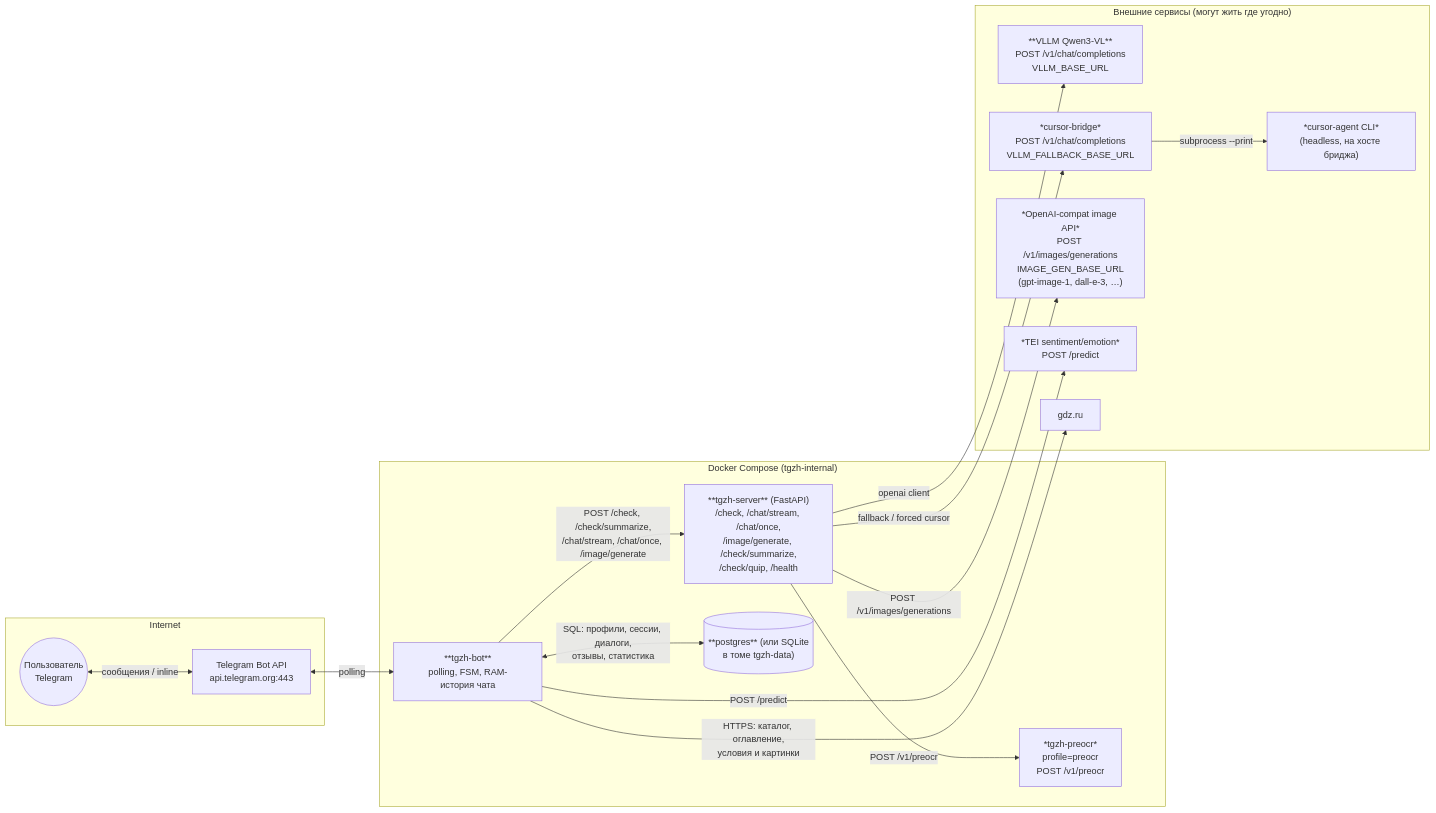
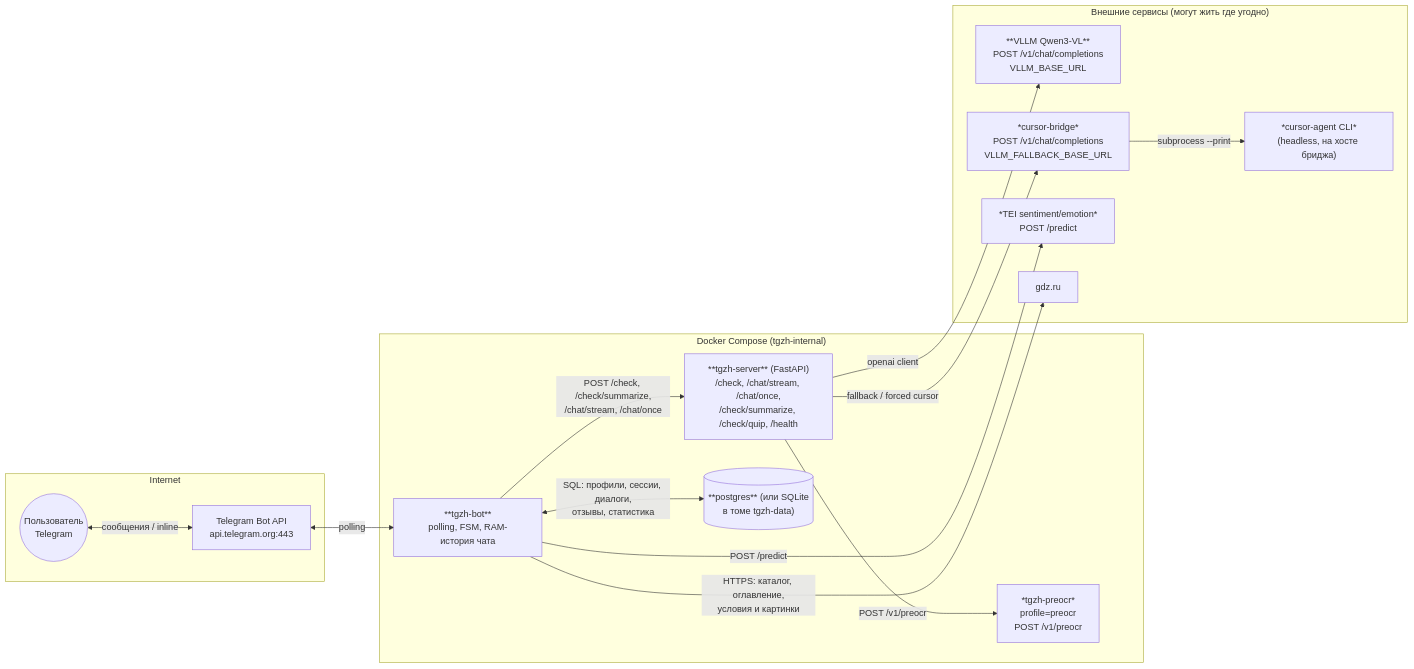
The diagram in README.md (vramdibs/tgzh), drawn with Mermaid before and after one commit. The commit also changed other lines of this file and 11 other files, not shown here.

````diff
--- a/README.md
+++ b/README.md
@@ -62,35 +62,33 @@
 ```mermaid
 flowchart LR
     subgraph Internet
         user(("Пользователь<br/>Telegram"))
         tg["Telegram Bot API<br/>api.telegram.org:443"]
     end
 
     subgraph Compose["Docker Compose (tgzh-internal)"]
         bot["**tgzh-bot**<br/>polling, FSM, RAM-история чата"]
-        server["**tgzh-server** (FastAPI)<br/>/check, /chat/stream, /chat/once,<br/>/image/generate, /check/summarize,<br/>/check/quip, /health"]
+        server["**tgzh-server** (FastAPI)<br/>/check, /chat/stream, /chat/once,<br/>/check/summarize, /check/quip, /health"]
         pg[("**postgres** (или SQLite<br/>в томе tgzh-data)")]
         preocr["*tgzh-preocr*<br/>profile=preocr<br/>POST /v1/preocr"]
     end
 
     subgraph External["Внешние сервисы (могут жить где угодно)"]
         vllm["**VLLM Qwen3-VL**<br/>POST /v1/chat/completions<br/>VLLM_BASE_URL"]
         bridge["*cursor-bridge*<br/>POST /v1/chat/completions<br/>VLLM_FALLBACK_BASE_URL"]
         cursorcli["*cursor-agent CLI*<br/>(headless, на хосте бриджа)"]
-        imgapi["*OpenAI-compat image API*<br/>POST /v1/images/generations<br/>IMAGE_GEN_BASE_URL<br/>(gpt-image-1, dall-e-3, …)"]
         tei["*TEI sentiment/emotion*<br/>POST /predict"]
         gdz["gdz.ru"]
     end
 
     user <-- "сообщения / inline" --> tg
     tg <-- "polling" --> bot
-    bot -- "POST /check, /check/summarize,<br/>/chat/stream, /chat/once, /image/generate" --> server
+    bot -- "POST /check, /check/summarize,<br/>/chat/stream, /chat/once" --> server
     bot <-- "SQL: профили, сессии, диалоги,<br/>отзывы, статистика" --> pg
     bot -- "HTTPS: каталог, оглавление,<br/>условия и картинки" --> gdz
     bot -- "POST /predict" --> tei
     server -- "openai client" --> vllm
     server -- "fallback / forced cursor" --> bridge
     bridge -- "subprocess --print" --> cursorcli
     server -- "POST /v1/preocr" --> preocr
-    server -- "POST /v1/images/generations" --> imgapi
 ```
````
